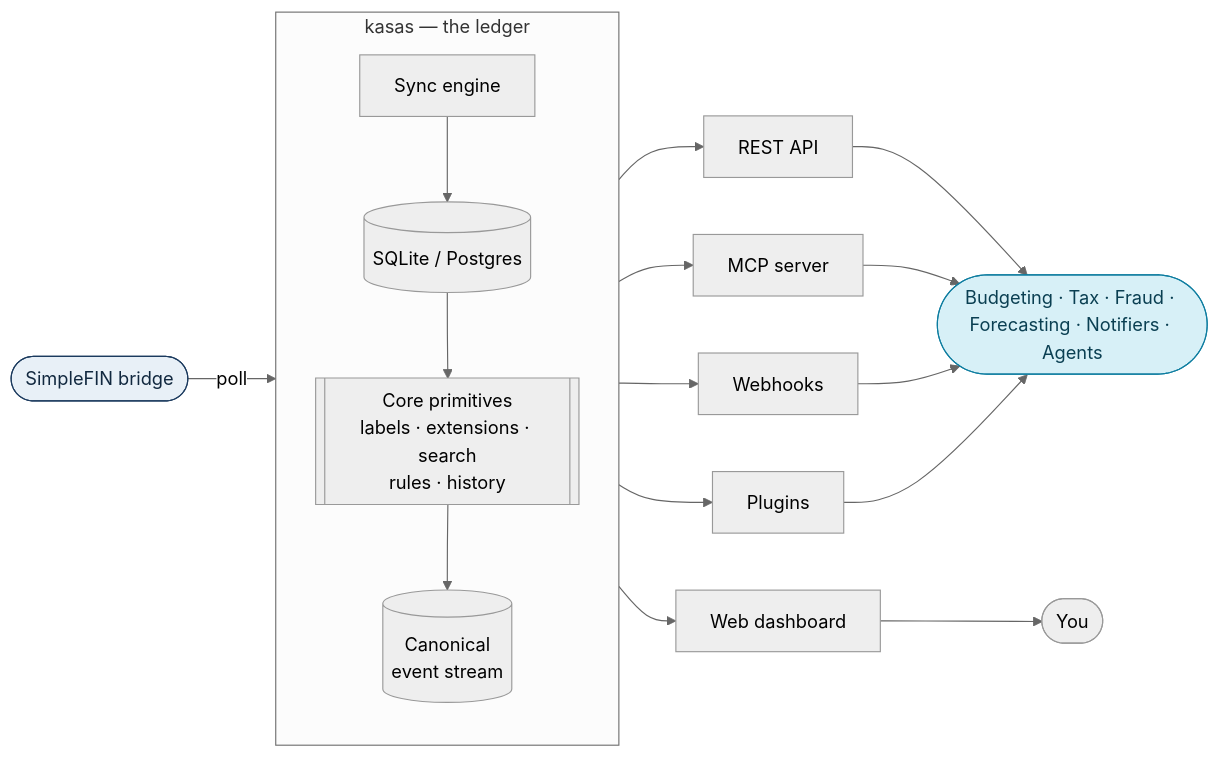
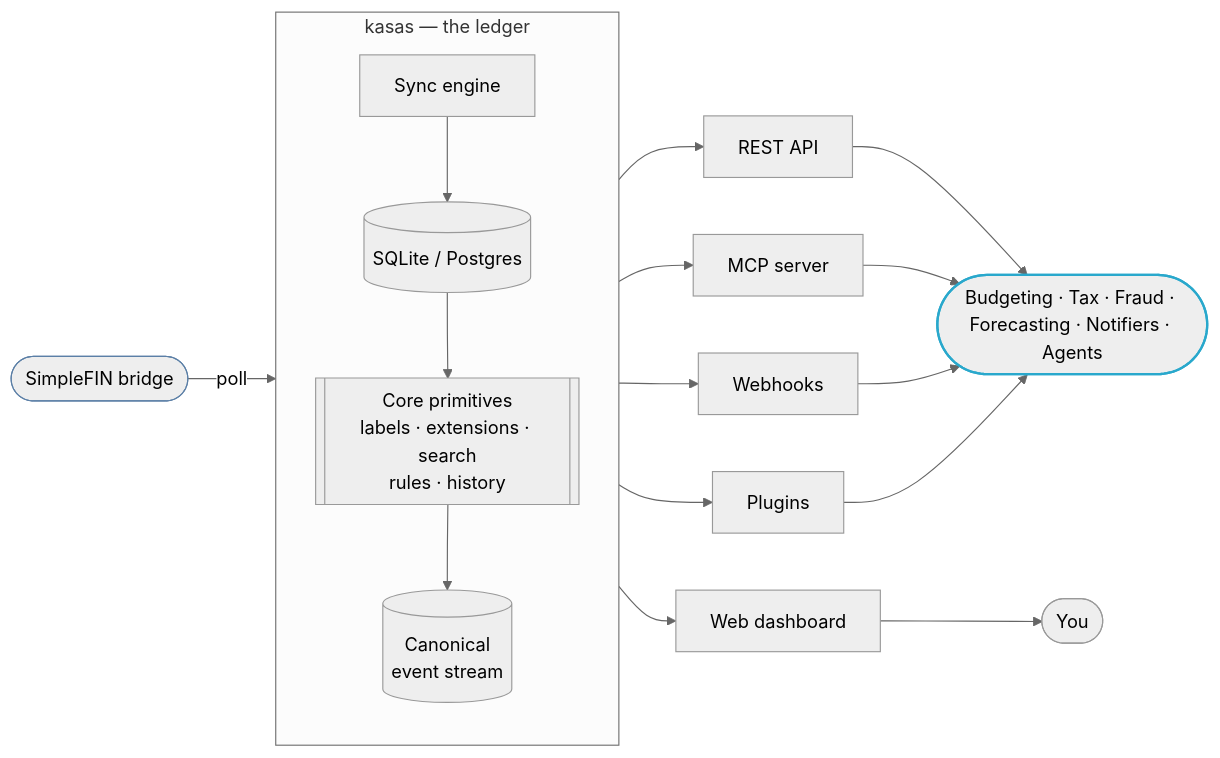
One commit to paulmeier/kasas changed the diagram in docs/index.md. Above: the diagram before and after it, drawn with Mermaid (neutral theme). The commit also changed 3 other files, not shown here.

First line of the commit message:
docs: fix dark-mode readability of Mermaid diagram nodes

````diff
--- a/docs/index.md
+++ b/docs/index.md
@@ -37,32 +37,32 @@
 ```mermaid
 flowchart LR
     SF([SimpleFIN bridge]):::ext
 
     subgraph K["kasas — the ledger"]
         direction TB
         SYNC[Sync engine]
         DB[(SQLite / Postgres)]
         CORE[["Core primitives<br/>labels · extensions · search<br/>rules · history"]]
         EV[(Canonical<br/>event stream)]
         SYNC --> DB --> CORE --> EV
     end
 
     SF -->|poll| SYNC
 
     K --> REST[REST API]
     K --> MCP[MCP server]
     K --> DASH[Web dashboard]
     EV --> WH[Webhooks]
     EV --> PL[Plugins]
 
     REST --> APPS
     MCP --> APPS
     DASH --> USER([You])
     WH --> APPS
     PL --> APPS
 
     APPS([Budgeting · Tax · Fraud · Forecasting · Notifiers · Agents]):::apps
 
-    classDef ext fill:#e8f0f7,stroke:#1b3a5e,color:#11283f;
-    classDef apps fill:#d7f0f7,stroke:#0e7da0,color:#0a3f52;
+    classDef ext stroke:#5b7fa6,stroke-width:1px;
+    classDef apps stroke:#29a8cc,stroke-width:2px;
 ```
````
